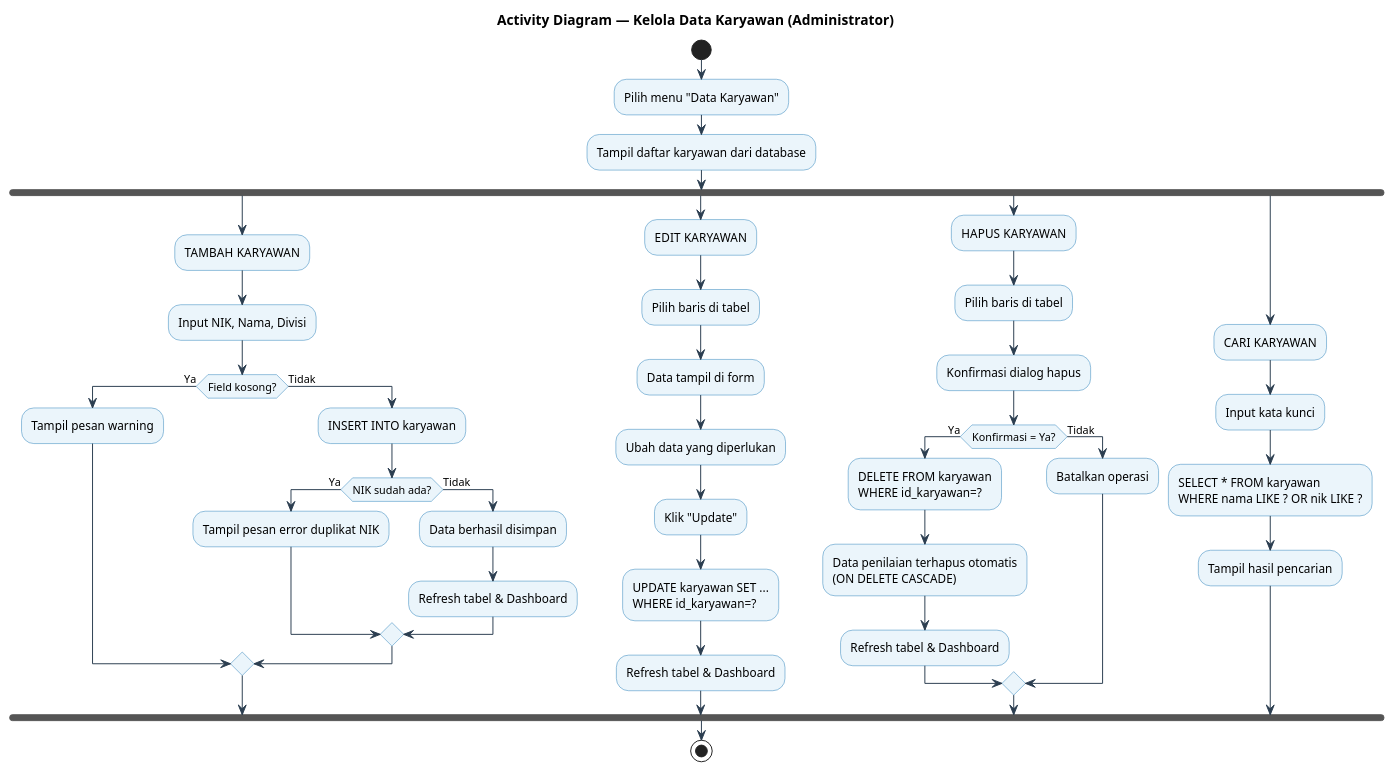
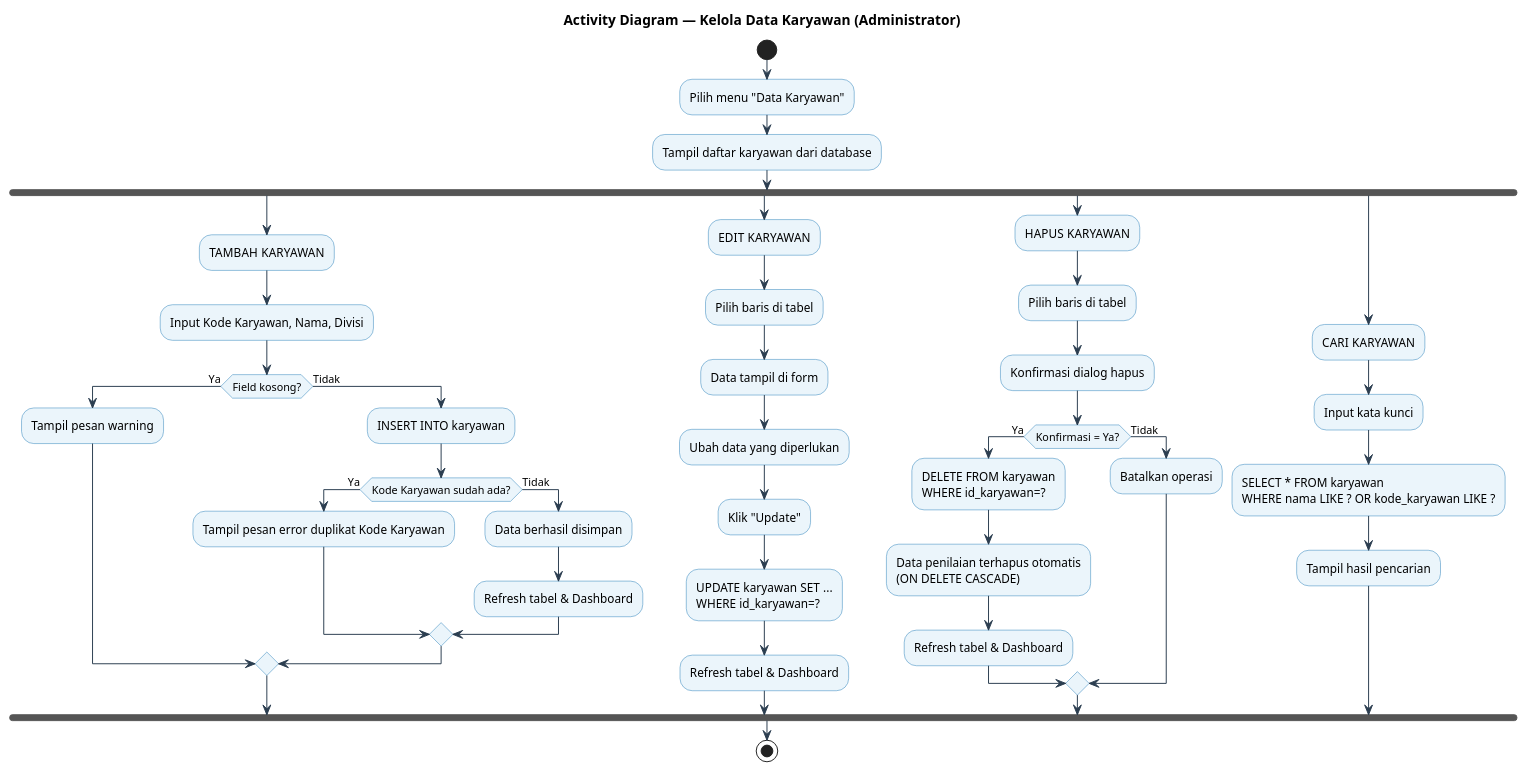
Before and after one commit to caidenrev/spk-bri-2.0: the third of 14 diagrams in BAB4_DIAGRAM.md, drawn with PlantUML. The commit also changed other lines of this file and 12 other files, not shown here.

````diff
--- a/BAB4_DIAGRAM.md
+++ b/BAB4_DIAGRAM.md
@@ -125,53 +125,53 @@
 ```plantuml
 @startuml ActivityKaryawan
 skinparam activityBackgroundColor #EBF5FB
 skinparam activityBorderColor #2980B9
 skinparam arrowColor #2C3E50
 title Activity Diagram — Kelola Data Karyawan (Administrator)
 
 start
 :Pilih menu "Data Karyawan";
 :Tampil daftar karyawan dari database;
 
 fork
   :TAMBAH KARYAWAN;
-  :Input NIK, Nama, Divisi;
+  :Input Kode Karyawan, Nama, Divisi;
   if (Field kosong?) then (Ya)
     :Tampil pesan warning;
   else (Tidak)
     :INSERT INTO karyawan;
-    if (NIK sudah ada?) then (Ya)
-      :Tampil pesan error duplikat NIK;
+    if (Kode Karyawan sudah ada?) then (Ya)
+      :Tampil pesan error duplikat Kode Karyawan;
     else (Tidak)
       :Data berhasil disimpan;
       :Refresh tabel & Dashboard;
     endif
   endif
 fork again
   :EDIT KARYAWAN;
   :Pilih baris di tabel;
   :Data tampil di form;
   :Ubah data yang diperlukan;
   :Klik "Update";
   :UPDATE karyawan SET ...\nWHERE id_karyawan=?;
   :Refresh tabel & Dashboard;
 fork again
   :HAPUS KARYAWAN;
   :Pilih baris di tabel;
   :Konfirmasi dialog hapus;
   if (Konfirmasi = Ya?) then (Ya)
     :DELETE FROM karyawan\nWHERE id_karyawan=?;
     :Data penilaian terhapus otomatis\n(ON DELETE CASCADE);
     :Refresh tabel & Dashboard;
   else (Tidak)
     :Batalkan operasi;
   endif
 fork again
   :CARI KARYAWAN;
   :Input kata kunci;
-  :SELECT * FROM karyawan\nWHERE nama LIKE ? OR nik LIKE ?;
+  :SELECT * FROM karyawan\nWHERE nama LIKE ? OR kode_karyawan LIKE ?;
   :Tampil hasil pencarian;
 end fork
 stop
 @enduml
 ```
````
